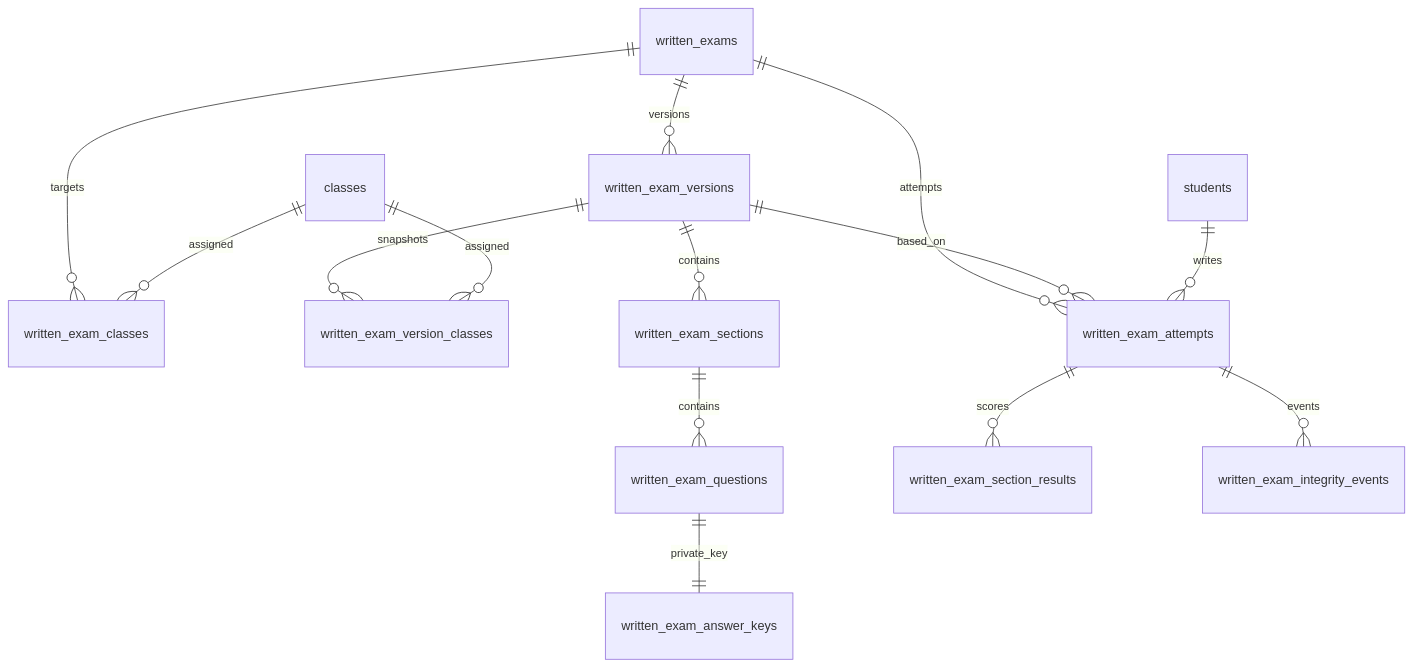
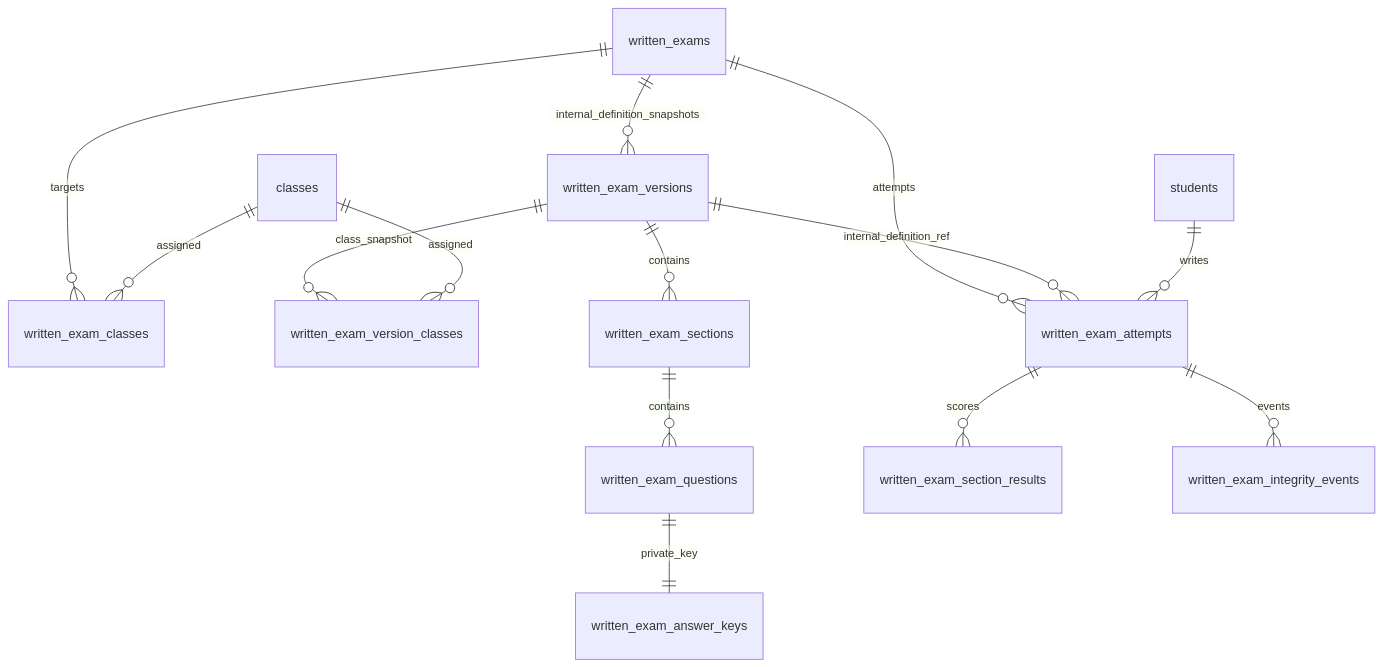
The diagram in docs/written-exams-database.md (AinaPercky/esame-italiano), drawn with Mermaid before and after one commit. The commit also changed other lines of this file and 10 other files, not shown here.

````diff
--- a/docs/written-exams-database.md
+++ b/docs/written-exams-database.md
@@ -7,16 +7,16 @@
 ```mermaid
 erDiagram
-  written_exams ||--o{ written_exam_versions : versions
+  written_exams ||--o{ written_exam_versions : internal_definition_snapshots
   written_exams ||--o{ written_exam_classes : targets
   classes ||--o{ written_exam_classes : assigned
-  written_exam_versions ||--o{ written_exam_version_classes : snapshots
+  written_exam_versions ||--o{ written_exam_version_classes : class_snapshot
   classes ||--o{ written_exam_version_classes : assigned
   written_exam_versions ||--o{ written_exam_sections : contains
   written_exam_sections ||--o{ written_exam_questions : contains
   written_exam_questions ||--|| written_exam_answer_keys : private_key
   written_exams ||--o{ written_exam_attempts : attempts
-  written_exam_versions ||--o{ written_exam_attempts : based_on
+  written_exam_versions ||--o{ written_exam_attempts : internal_definition_ref
   students ||--o{ written_exam_attempts : writes
   written_exam_attempts ||--o{ written_exam_section_results : scores
   written_exam_attempts ||--o{ written_exam_integrity_events : events
 ```
````
